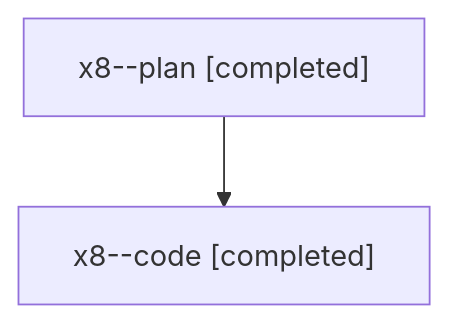
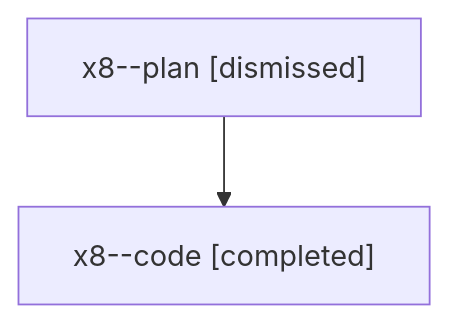
One commit to sase-org/sase--agents changed the diagram in families/bbugyi200.athena.x8.md. Above: the diagram before and after it, drawn with Mermaid. The commit also changed other lines of this file and 1973 other files, not shown here.

````diff
--- a/families/bbugyi200.athena.x8.md
+++ b/families/bbugyi200.athena.x8.md
@@ -9,6 +9,6 @@
 ```mermaid
 flowchart TD
-  n0["x8--plan [completed]"]
+  n0["x8--plan [dismissed]"]
   n1["x8--code [completed]"]
   n0 --> n1
 ```
````
